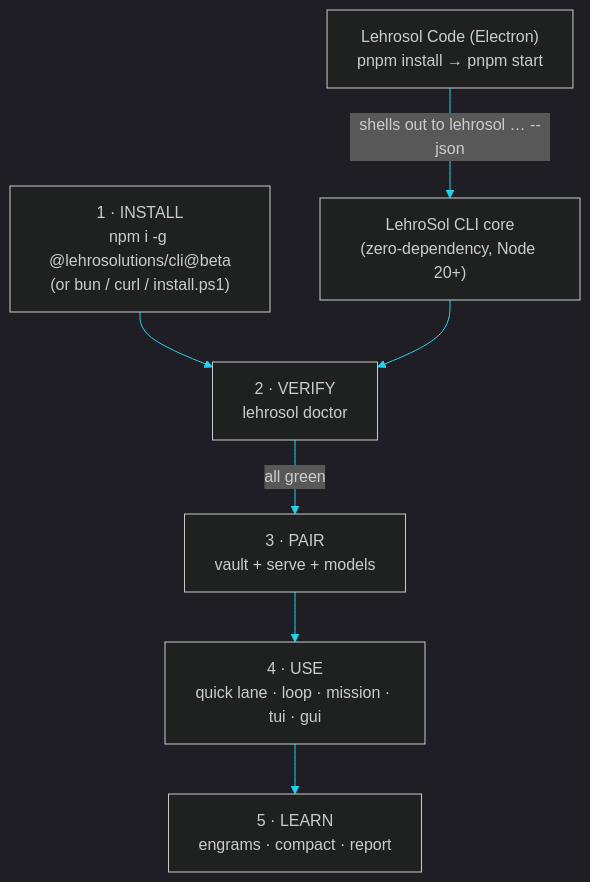
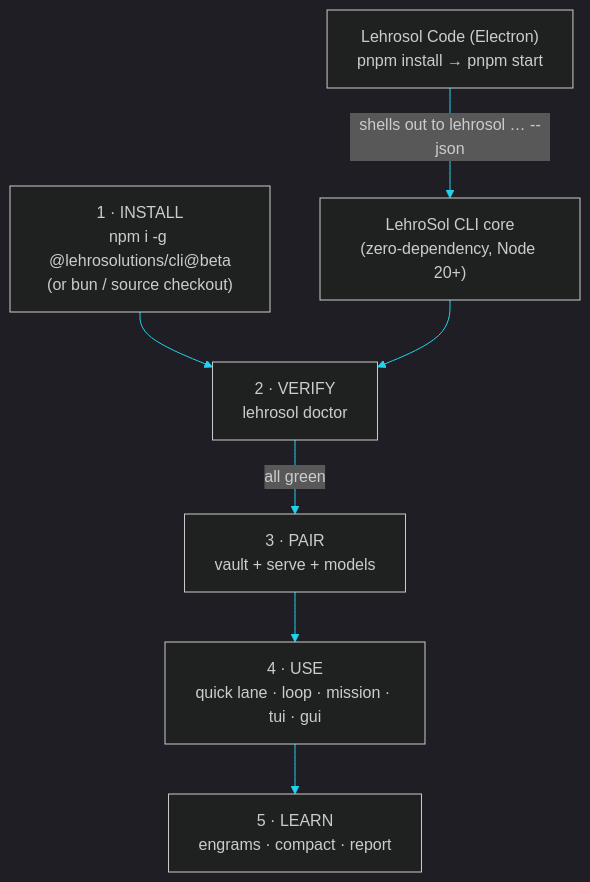
Before and after one commit to LehroSolutions/lehrosol-cli: the diagram in docs/19-glossary.md, drawn with Mermaid. The commit also changed other lines of this file and 20 other files, not shown here.

````diff
--- a/docs/19-glossary.md
+++ b/docs/19-glossary.md
@@ -9,10 +9,10 @@
 ```mermaid
 %%{init: {'theme':'dark', 'themeVariables': {'primaryColor':'#0f1720','primaryTextColor':'#e6faff','primaryBorderColor':'#22d3ee','lineColor':'#22d3ee','secondaryColor':'#111827','tertiaryColor':'#05070a'}}}%%
 flowchart TD
-    INSTALL["1 · INSTALL<br/>npm i -g @lehrosolutions/cli@beta<br/>(or bun / curl / install.ps1)"] --> VERIFY
+    INSTALL["1 · INSTALL<br/>npm i -g @lehrosolutions/cli@beta<br/>(or bun / source checkout)"] --> VERIFY
     APP["Lehrosol Code (Electron)<br/>pnpm install → pnpm start"] -->|"shells out to lehrosol … --json"| CLI_CORE["LehroSol CLI core<br/>(zero-dependency, Node 20+)"]
     CLI_CORE --> VERIFY["2 · VERIFY<br/>lehrosol doctor"]
     VERIFY -->|"all green"| PAIR["3 · PAIR<br/>vault + serve + models"]
     PAIR --> USE["4 · USE<br/>quick lane · loop · mission · tui · gui"]
     USE --> LEARN["5 · LEARN<br/>engrams · compact · report"]
 ```
````
